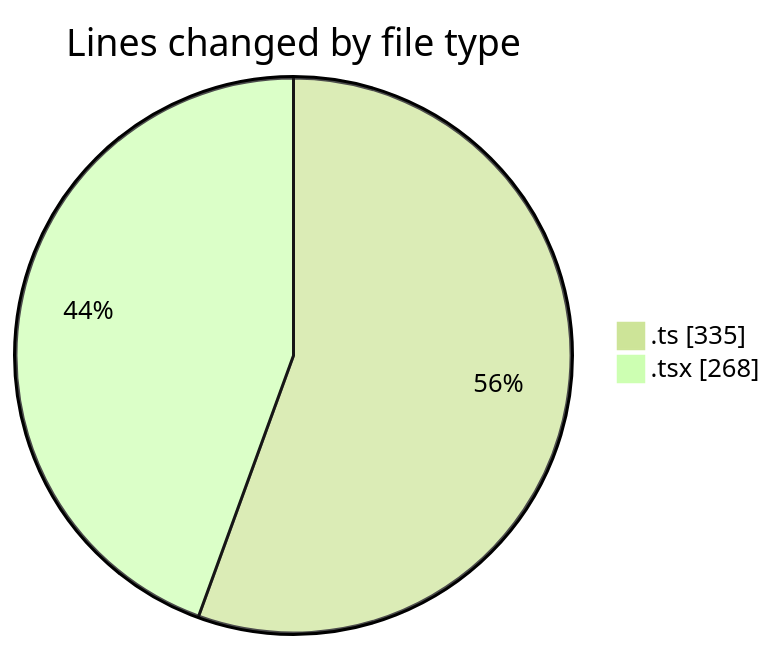
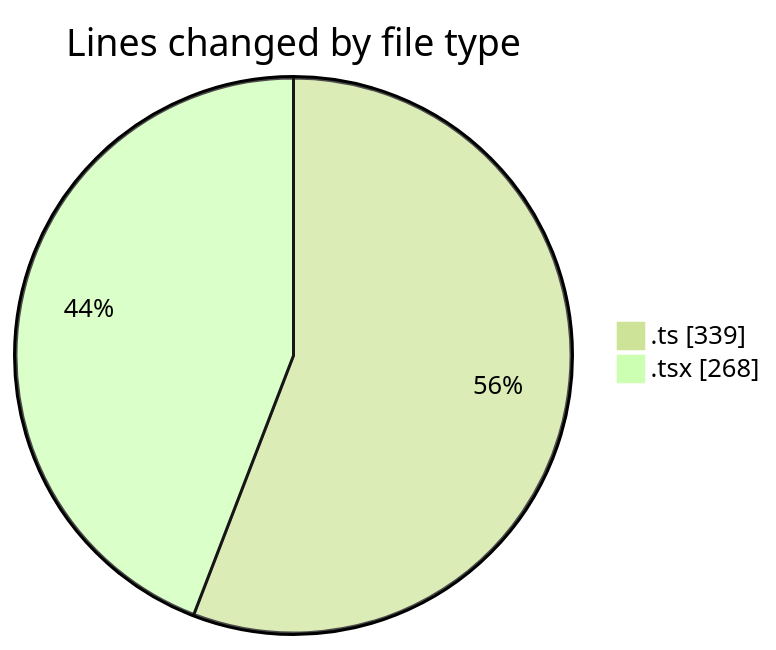
One commit to momahboobian/code-tracking changed the first of 2 diagrams in 2025-09-02/cda/README.md. Above: the diagram before and after it, drawn with Mermaid (forest theme). The commit also changed other lines of this file and 1 other file, not shown here.

````diff
--- a/2025-09-02/cda/README.md
+++ b/2025-09-02/cda/README.md
@@ -23,6 +23,6 @@
 ```mermaid
 pie showData
 title Lines changed by file type
-".ts" : 335
+".ts" : 339
 ".tsx" : 268
 ```
````
